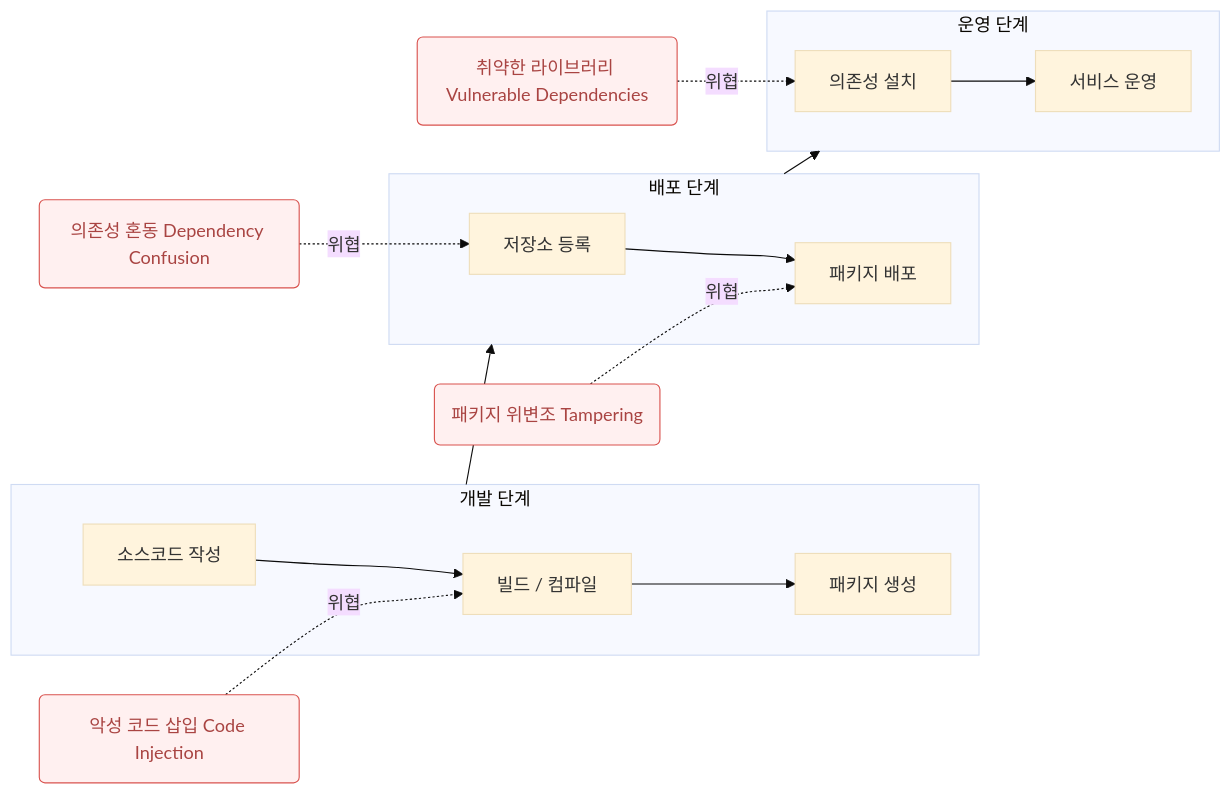
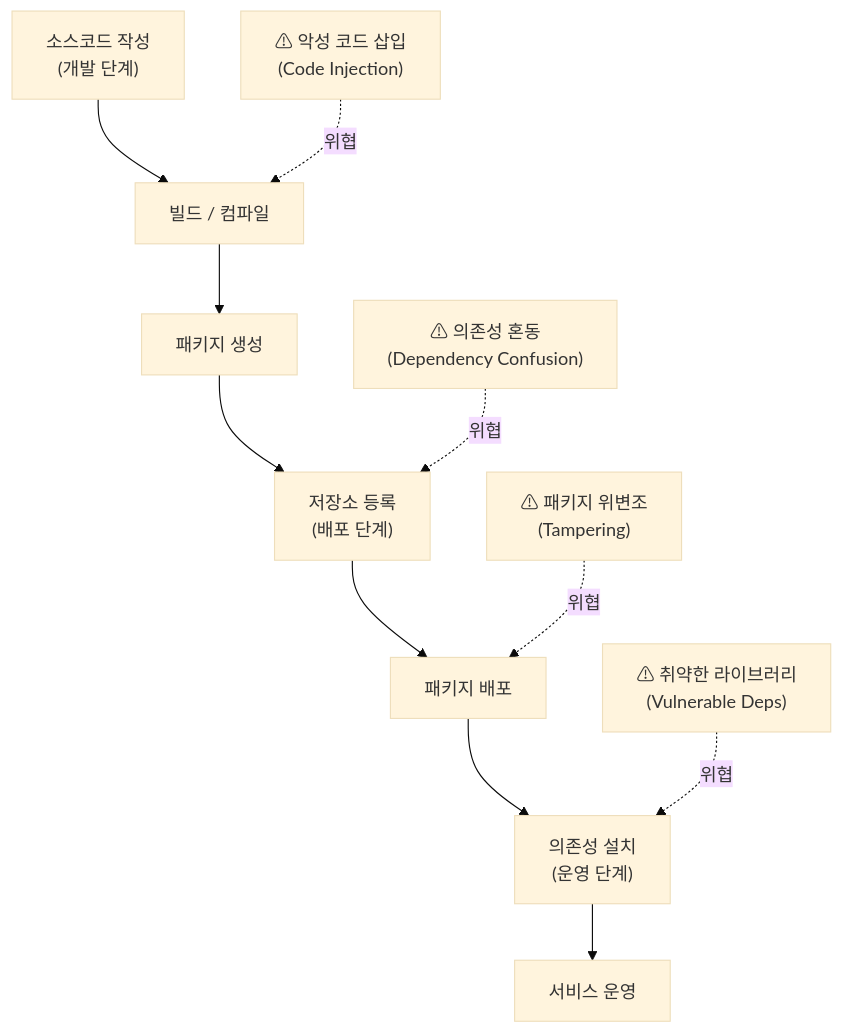
One commit to jeonck/info-security changed the diagram in docs/04-application-security/03-secure-development/software-supply-chain-security.md. Above: the diagram before and after it, drawn with Mermaid (base theme). The commit also changed 1 other file, not shown here.

Commit message:
fix: Mermaid 렌더링 수정 - us-start 참조 구조 적용
markdown/themes 설정을 config 최상단으로 이동하고
future.v4를 단순 true로 복원하여 Mermaid 동작 보장.
공급망 보안 다이어그램도 호환 가능한 flowchart TD 문법으로 수정.

````diff
--- a/docs/04-application-security/03-secure-development/software-supply-chain-security.md
+++ b/docs/04-application-security/03-secure-development/software-supply-chain-security.md
@@ -21,29 +21,14 @@
 ```mermaid
-flowchart LR
-    subgraph DEV["개발 단계"]
-        A["소스코드 작성"] --> B["빌드 / 컴파일"]
-        B --> C["패키지 생성"]
-    end
+flowchart TD
+    A["소스코드 작성\n(개발 단계)"] --> B["빌드 / 컴파일"]
+    B --> C["패키지 생성"]
+    C --> D["저장소 등록\n(배포 단계)"]
+    D --> E["패키지 배포"]
+    E --> F["의존성 설치\n(운영 단계)"]
+    F --> G["서비스 운영"]
 
-    subgraph DIST["배포 단계"]
-        D["저장소 등록"] --> E["패키지 배포"]
-    end
-
-    subgraph OPS["운영 단계"]
-        F["의존성 설치"] --> G["서비스 운영"]
-    end
-
-    DEV --> DIST --> OPS
-
-    T1("악성 코드 삽입 Code Injection"):::threat
-    T2("의존성 혼동 Dependency Confusion"):::threat
-    T3("패키지 위변조 Tampering"):::threat
-    T4("취약한 라이브러리 Vulnerable Dependencies"):::threat
-
-    T1 -. "위협" .-> B
-    T2 -. "위협" .-> D
-    T3 -. "위협" .-> E
-    T4 -. "위협" .-> F
-
-    classDef threat fill:#fff0f0,stroke:#d9534f,color:#a94442
+    T1["⚠ 악성 코드 삽입\n(Code Injection)"] -. "위협" .-> B
+    T2["⚠ 의존성 혼동\n(Dependency Confusion)"] -. "위협" .-> D
+    T3["⚠ 패키지 위변조\n(Tampering)"] -. "위협" .-> E
+    T4["⚠ 취약한 라이브러리\n(Vulnerable Deps)"] -. "위협" .-> F
 ```
````
